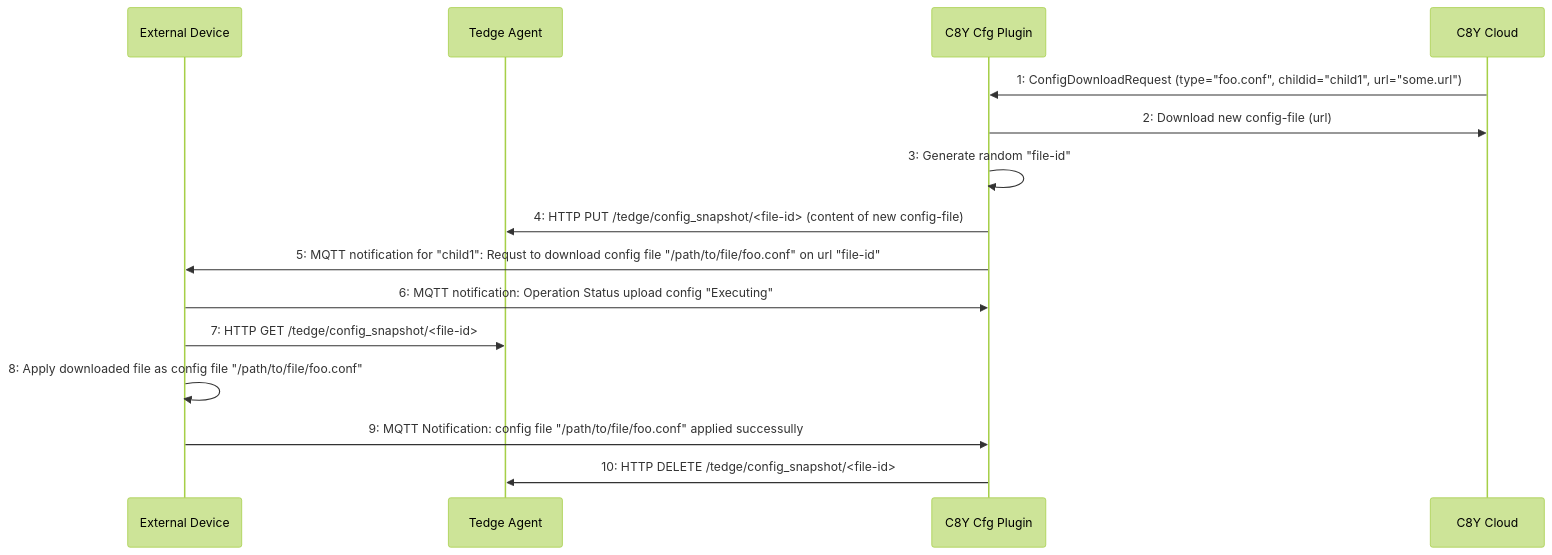
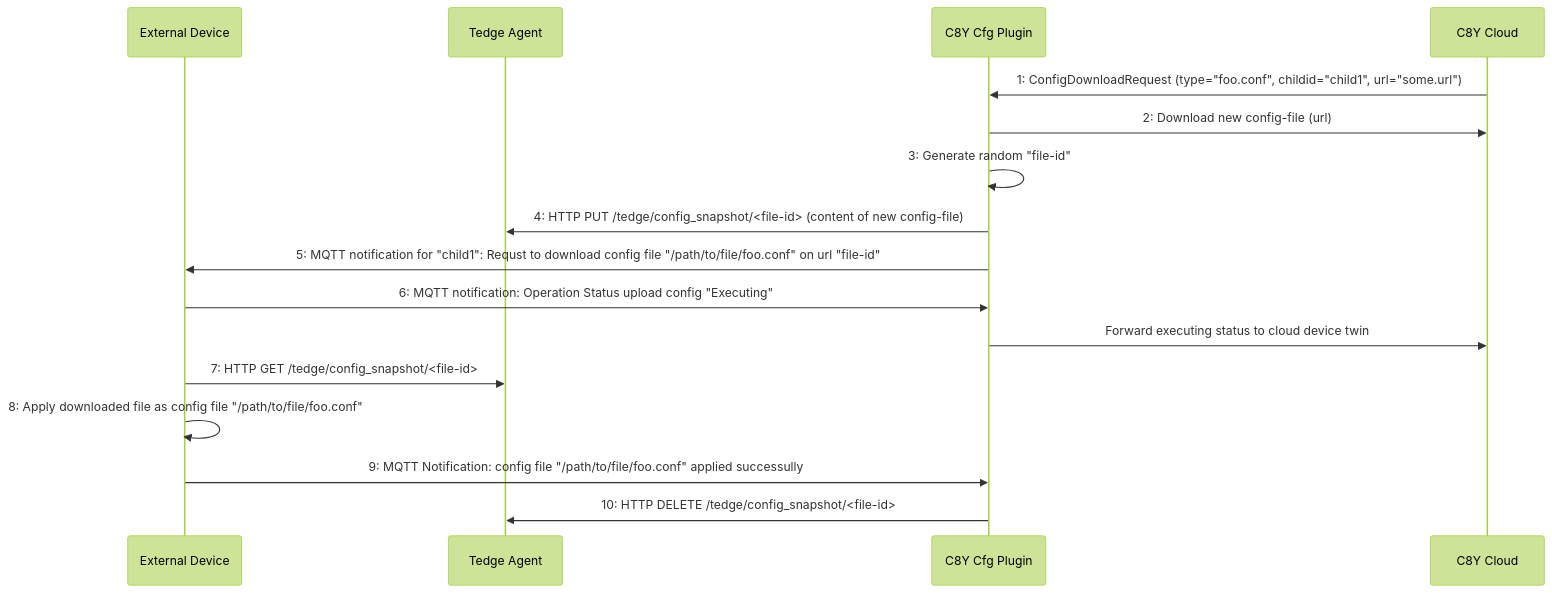
Before and after one commit to thin-edge/thin-edge.io: the second of 2 diagrams in docs/src/references/c8y-configuration-management.md, drawn with Mermaid (forest theme). The commit also changed other lines of this file, not shown here.

Commit message:
add forwarding of executing status to cloud

````diff
--- a/docs/src/references/c8y-configuration-management.md
+++ b/docs/src/references/c8y-configuration-management.md
@@ -361,23 +362,24 @@
 ```mermaid
 sequenceDiagram
     participant External Device
     participant Tedge Agent
     participant C8Y Cfg Plugin
     participant C8Y Cloud
     
 
         C8Y Cloud->>C8Y Cfg Plugin: 1: ConfigDownloadRequest (type="foo.conf", childid="child1", url="some.url")
         C8Y Cfg Plugin->>C8Y Cloud: 2: Download new config-file (url)
 
         C8Y Cfg Plugin->>C8Y Cfg Plugin: 3: Generate random "file-id"     
         C8Y Cfg Plugin->>Tedge Agent: 4: HTTP PUT /tedge/config_snapshot/<file-id> (content of new config-file)
 
         C8Y Cfg Plugin->>External Device: 5: MQTT notification for "child1": Requst to download config file "/path/to/file/foo.conf" on url "file-id"
 
         External Device->>C8Y Cfg Plugin: 6: MQTT notification: Operation Status upload config "Executing" 
+        C8Y Cfg Plugin->>C8Y Cloud: Forward executing status to cloud device twin
 
         External Device->>Tedge Agent: 7: HTTP GET /tedge/config_snapshot/<file-id>
         External Device->>External Device: 8: Apply downloaded file as config file "/path/to/file/foo.conf"
         External Device->>C8Y Cfg Plugin: 9: MQTT Notification: config file "/path/to/file/foo.conf" applied successully
         C8Y Cfg Plugin->>Tedge Agent: 10: HTTP DELETE /tedge/config_snapshot/<file-id>
 ```
````
